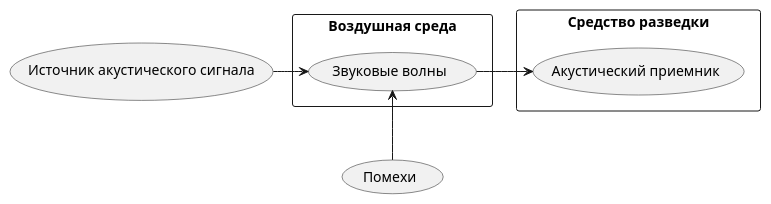
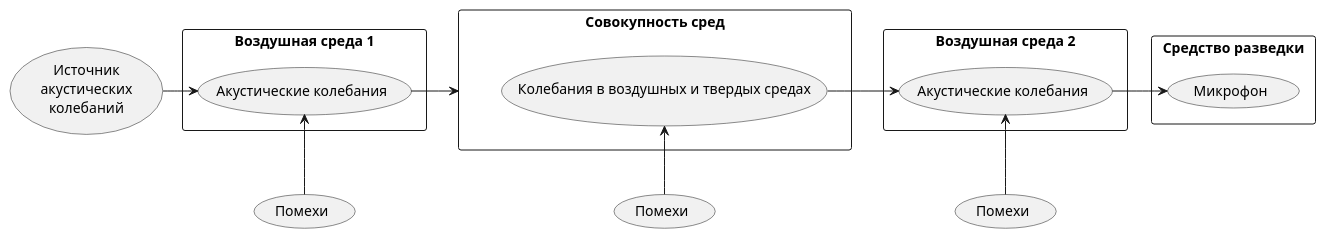
Before and after one commit to almkuznetsov/bmstu-kb: the diagram in Заметки/ТКУИ за счет перехвата акустических сигналов микрофонами.md, drawn with PlantUML. The commit also changed other lines of this file and 4 other files, not shown here.

````diff
--- a/Заметки/ТКУИ за счет перехвата акустических сигналов микрофонами.md
+++ b/Заметки/ТКУИ за счет перехвата акустических сигналов микрофонами.md
@@ -1,15 +10,27 @@
 ```plantuml
 @startuml
-usecase "Источник акустического сигнала" as IAS
-rectangle "Воздушная среда" {
-    usecase "Звуковые волны" as Zvuk
+usecase "Источник\nакустических\nколебаний" as SOURCE
+rectangle "Воздушная среда 1" {
+usecase "Акустические колебания" as AKUSTKOLEB1
+	SOURCE -right-> AKUSTKOLEB1
 }
-usecase "Помехи" as Pomehi
-Pomehi -up-> Zvuk
-IAS -> Zvuk
+rectangle "Совокупность сред" as CC {
+	usecase "Колебания в воздушных и твердых средах" as KOLEB
+	AKUSTKOLEB1 -right-> CC
+}
+rectangle "Воздушная среда 2" {
+usecase "Акустические колебания" as AKUSTKOLEB2
+	KOLEB -right-> AKUSTKOLEB2
+}
 rectangle "Средство разведки" {
-usecase "Акустический приемник" as AP
+	usecase "Микрофон" as TSR
+	AKUSTKOLEB2 -right-> TSR
 }
-Zvuk -> AP
+usecase "Помехи" as POMEHI1
+POMEHI1 -up-> AKUSTKOLEB1
+usecase "Помехи" as POMEHI2
+POMEHI2 -up-> KOLEB
+usecase "Помехи" as POMEHI3
+POMEHI3 -up-> AKUSTKOLEB2
 @enduml
 ```
````
